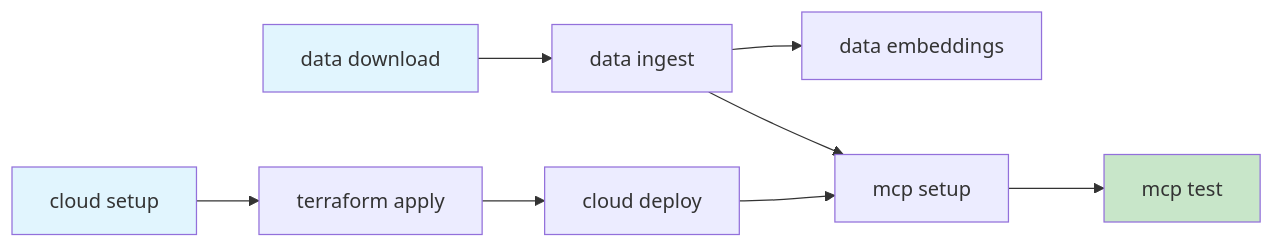
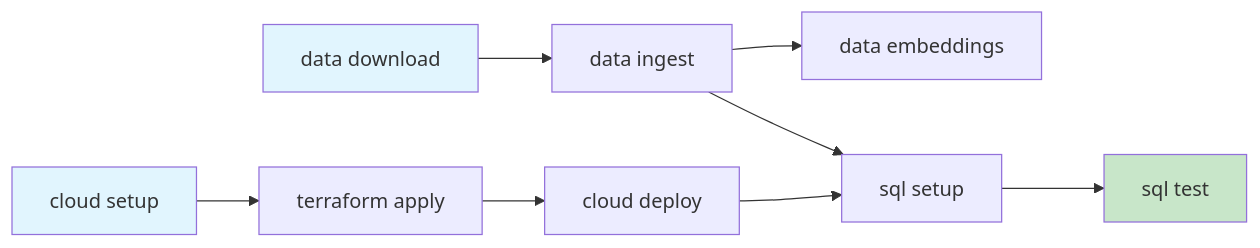
Before and after one commit to vmleon/oracle-database-panama-papers: the second of 4 diagrams in Deployment.md, drawn with Mermaid. The commit also changed other lines of this file and 3 other files, not shown here.

````diff
--- a/Deployment.md
+++ b/Deployment.md
@@ -137,16 +137,16 @@
 ```mermaid
 flowchart LR
     A[cloud setup] --> B[terraform apply]
     B --> C[cloud deploy]
 
     D[data download] --> E[data ingest]
     E --> F[data embeddings]
 
-    C --> G[mcp setup]
+    C --> G[sql setup]
     E --> G
-    G --> H[mcp test]
+    G --> H[sql test]
 
     style A fill:#e1f5fe
     style D fill:#e1f5fe
     style H fill:#c8e6c9
 ```
````
